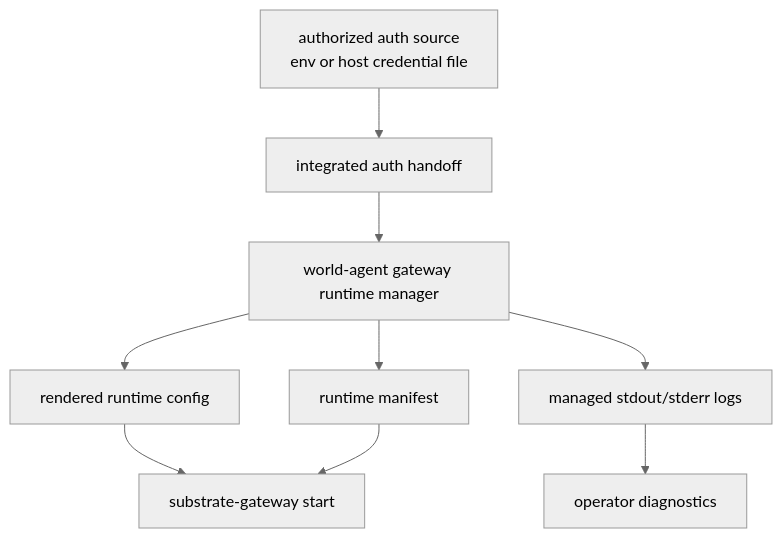
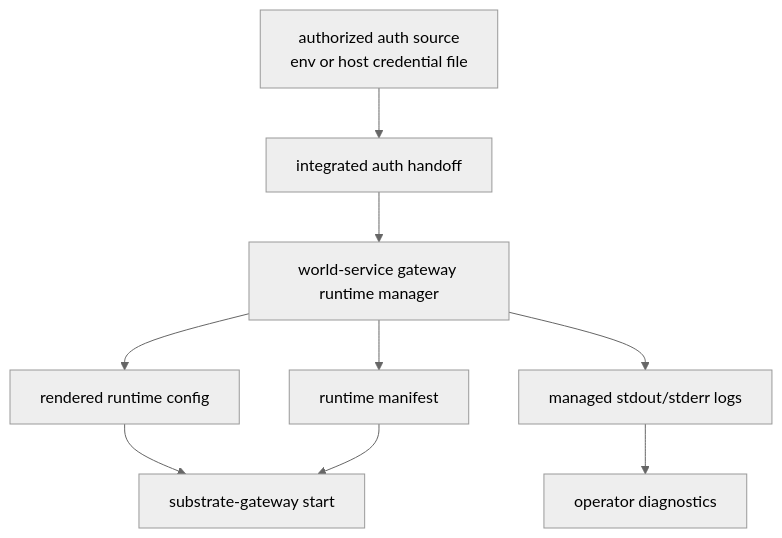
One commit to atomize-hq/substrate changed the second of 3 diagrams in docs/project_management/packs/draft/gateway-backend-selection-runtime-integration-fse/review_surfaces.md. Above: the diagram before and after it, drawn with Mermaid (neutral theme). The commit also changed 590 other files, not shown here.

````diff
--- a/docs/project_management/packs/draft/gateway-backend-selection-runtime-integration-fse/review_surfaces.md
+++ b/docs/project_management/packs/draft/gateway-backend-selection-runtime-integration-fse/review_surfaces.md
@@ -31,11 +31,11 @@
 ```mermaid
 flowchart TB
   SRC["authorized auth source<br/>env or host credential file"] --> AUTH["integrated auth handoff"]
-  AUTH --> WA["world-agent gateway runtime manager"]
+  AUTH --> WA["world-service gateway runtime manager"]
   WA --> CFG["rendered runtime config"]
   WA --> MAN["runtime manifest"]
   WA --> LOG["managed stdout/stderr logs"]
   CFG --> GW["substrate-gateway start"]
   MAN --> GW
   LOG --> OPS["operator diagnostics"]
 ```
````
